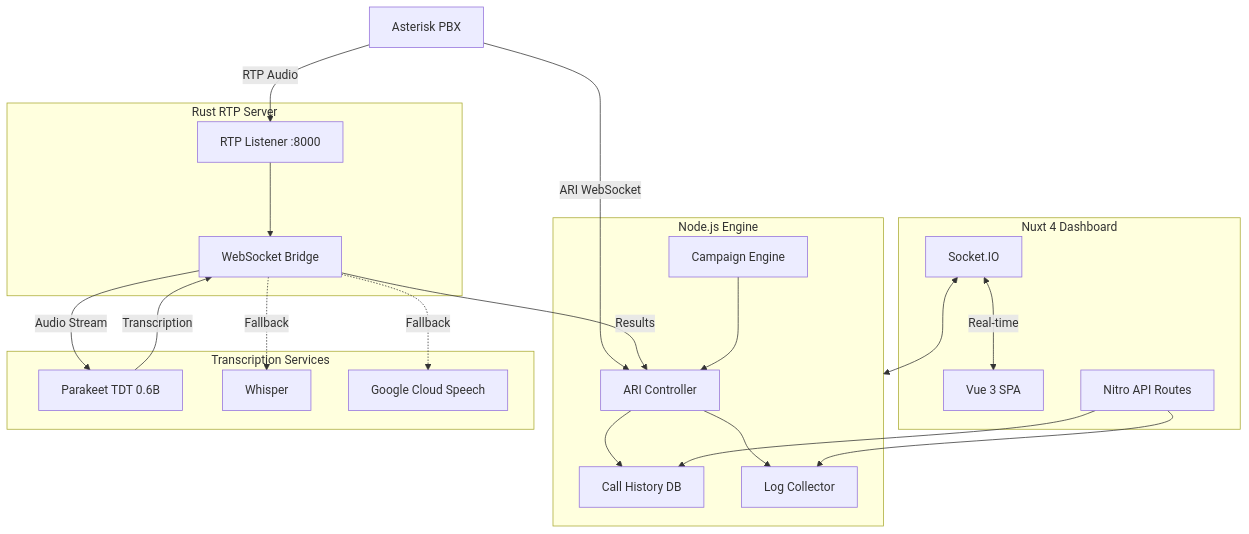
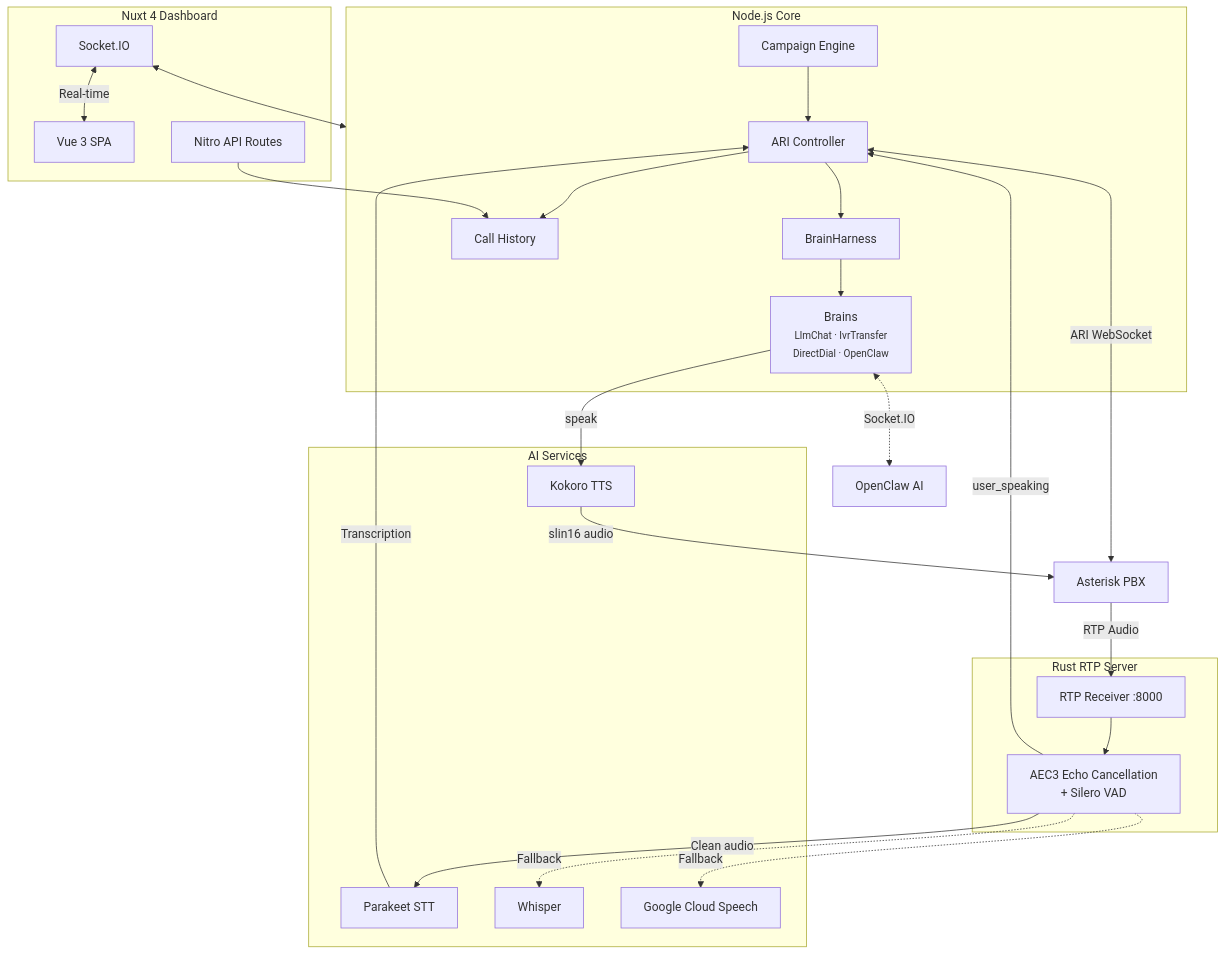
One commit to alexiokay/AriLink changed the diagram in README.md. Above: the diagram before and after it, drawn with Mermaid. The commit also changed other lines of this file and 15 other files, not shown here.

````diff
--- a/README.md
+++ b/README.md
@@ -47,42 +48,47 @@
 ```mermaid
 flowchart TD
     subgraph Dashboard["Nuxt 4 Dashboard"]
         UI[Vue 3 SPA]
         API[Nitro API Routes]
         SIO[Socket.IO]
     end
 
-    subgraph Engine["Node.js Engine"]
+    subgraph Core["Node.js Core"]
         CTRL[ARI Controller]
+        HARNESS[BrainHarness]
+        BRAINS["Brains<br/><small>LlmChat · IvrTransfer<br/>DirectDial · OpenClaw</small>"]
         CAMP[Campaign Engine]
-        HIST[Call History DB]
-        LOG[Log Collector]
+        HIST[Call History]
     end
 
     subgraph Audio["Rust RTP Server"]
-        RTP[RTP Listener :8000]
-        WS_BRIDGE[WebSocket Bridge]
+        RTP[RTP Receiver :8000]
+        AEC["AEC3 Echo Cancellation<br/>+ Silero VAD"]
     end
 
-    subgraph Transcription["Transcription Services"]
-        PKT[Parakeet TDT 0.6B]
+    subgraph AI["AI Services"]
+        PKT[Parakeet STT]
         WHSP[Whisper]
         GCS[Google Cloud Speech]
+        KOKORO[Kokoro TTS]
     end
 
-    PBX[Asterisk PBX] -->|ARI WebSocket| CTRL
+    PBX[Asterisk PBX] <-->|ARI WebSocket| CTRL
     PBX -->|RTP Audio| RTP
-    RTP --> WS_BRIDGE
-    WS_BRIDGE -->|Audio Stream| PKT
-    WS_BRIDGE -.->|Fallback| WHSP
-    WS_BRIDGE -.->|Fallback| GCS
-    PKT -->|Transcription| WS_BRIDGE
-    WS_BRIDGE -->|Results| CTRL
+    RTP --> AEC
+    AEC -->|Clean audio| PKT
+    AEC -.->|Fallback| WHSP
+    AEC -.->|Fallback| GCS
+    AEC -->|user_speaking| CTRL
+    PKT -->|Transcription| CTRL
+    CTRL --> HARNESS --> BRAINS
+    BRAINS -->|speak| KOKORO
+    KOKORO -->|slin16 audio| PBX
     CTRL --> HIST
-    CTRL --> LOG
     CAMP --> CTRL
+    SIO <--> Core
     SIO <-->|Real-time| UI
     API --> HIST
-    API --> LOG
-    SIO <--> Engine
+
+    BRAINS <-.->|Socket.IO| OC[OpenClaw AI]
 ```
````
